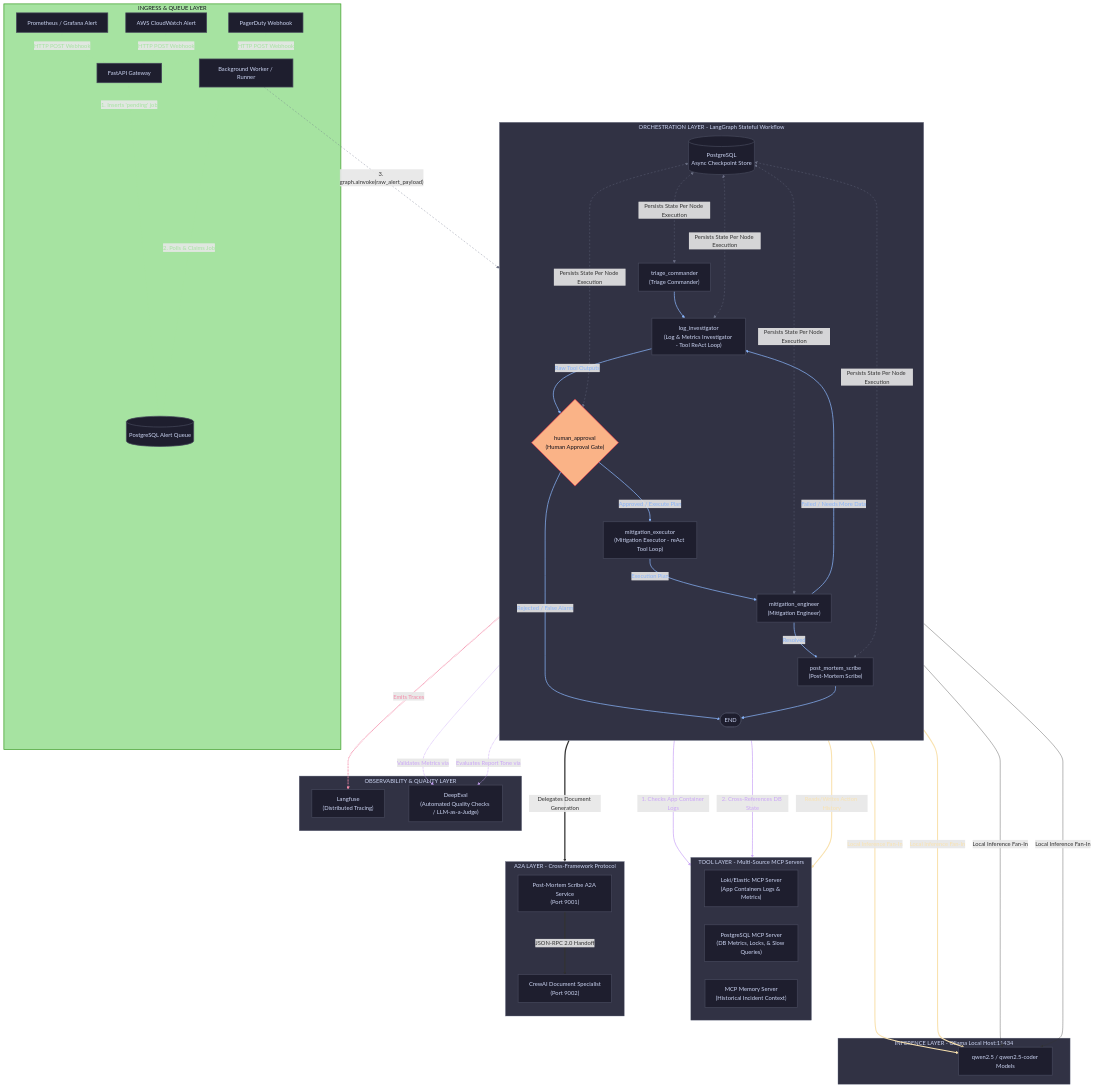
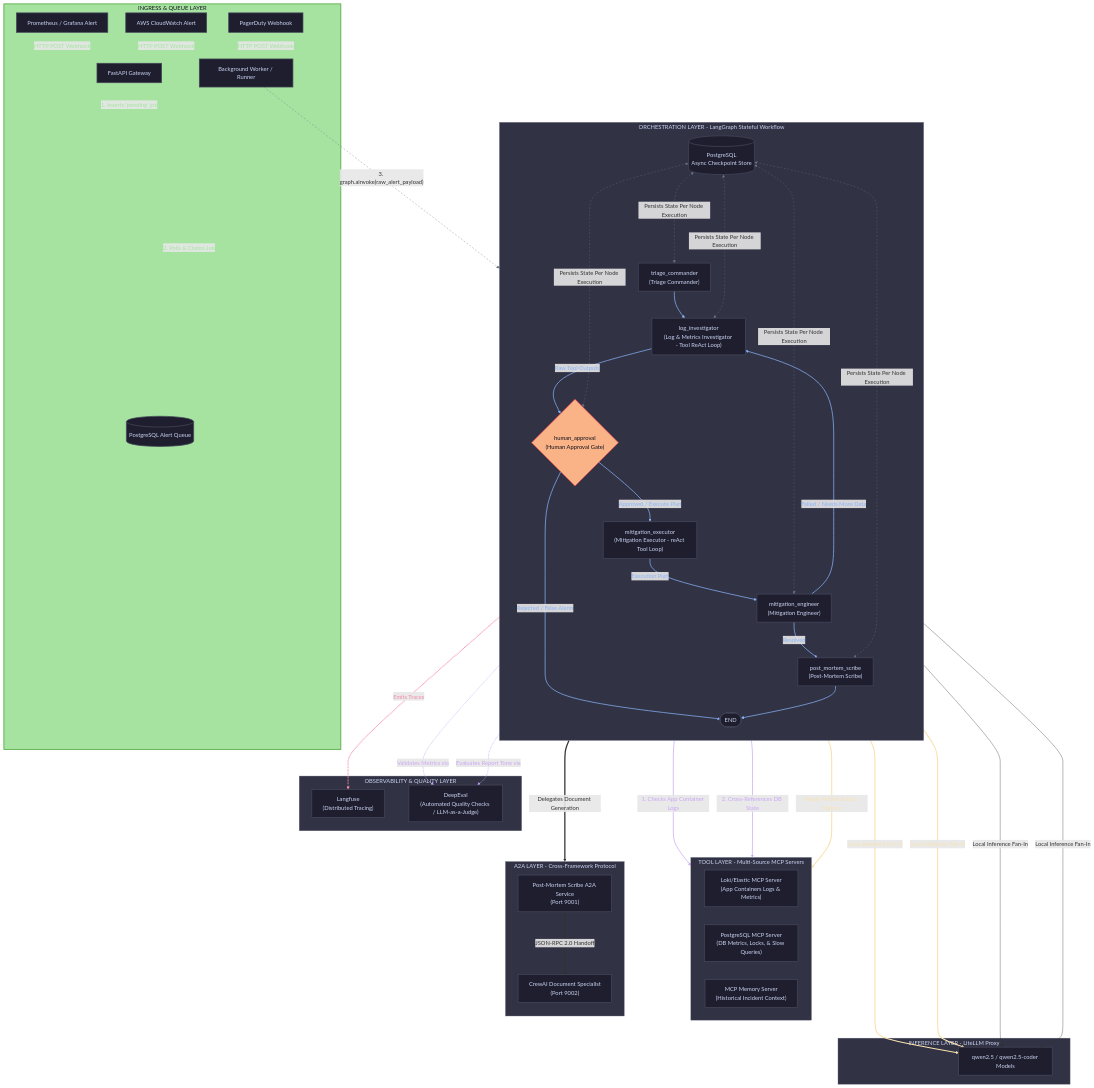
The second of 2 diagrams in README.md (aahj/automated-infrastructure-and-post-mortem-engine), drawn with Mermaid before and after one commit. The commit also changed other lines of this file and 13 other files, not shown here.

Commit message:
feat: migrate from Ollama to LiteLLM and update related configurations

```diff
--- a/README.md
+++ b/README.md
@@ -166,12 +166,12 @@
     LI ===>|2. Cross-References DB State| DB_MCP
     ME ===>|Reads/Writes Action History| MEM_MCP
 
-    %% Inference Layer (Ollama)
-    subgraph INF [INFERENCE LAYER - Ollama Local Host:11434]
+    %% Inference Layer (LiteLLM)
+    subgraph INF [INFERENCE LAYER - LiteLLM Proxy]
         LLM[qwen2.5 / qwen2.5-coder Models]
     end
 
-    %% All LLM Nodes query Ollama
+    %% All LLM Nodes query the LiteLLM proxy
     TP & LI & ME & PMS ---->|Local Inference Fan-In| LLM
 
     %% External Delegation Layer (Agent-to-Agent Protocol)
```
